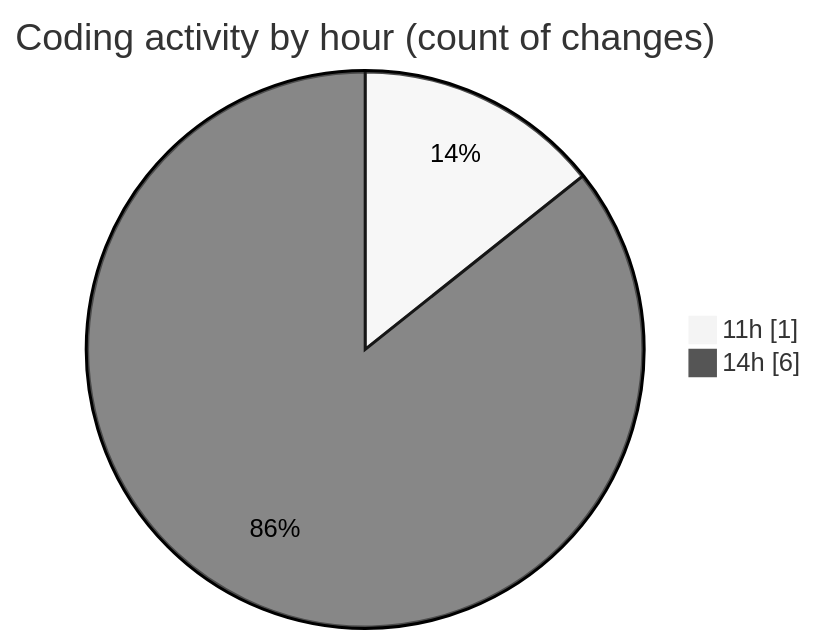
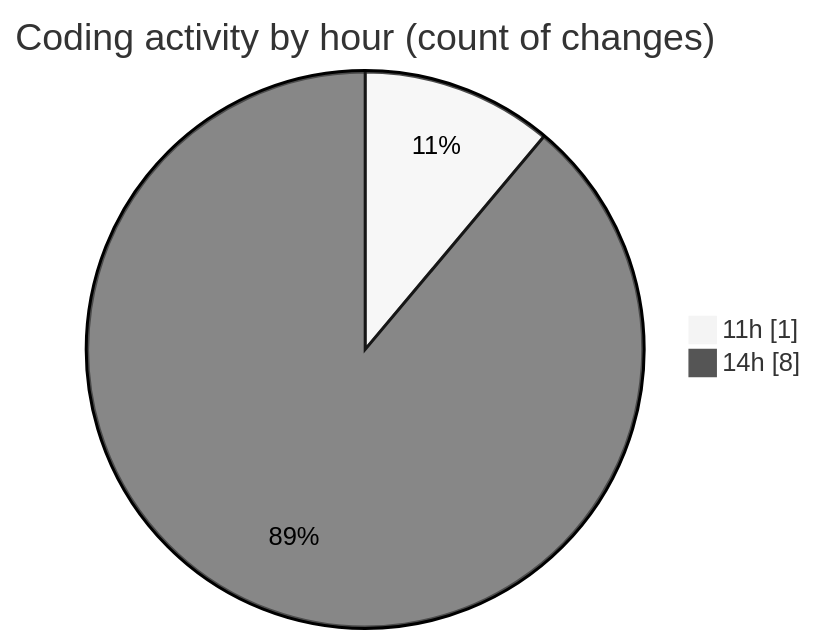
Before and after one commit to ricardozamudiocil/code-tracking: the second of 2 diagrams in 2026-07-21/cilreports__workspace_/README.md, drawn with Mermaid (neutral theme). The commit also changed other lines of this file and 1 other file, not shown here.

````diff
--- a/2026-07-21/cilreports__workspace_/README.md
+++ b/2026-07-21/cilreports__workspace_/README.md
@@ -30,6 +30,6 @@
 ```mermaid
 pie showData
 title Coding activity by hour (count of changes)
 "11h" : 1
-"14h" : 6
+"14h" : 8
 ```
````
